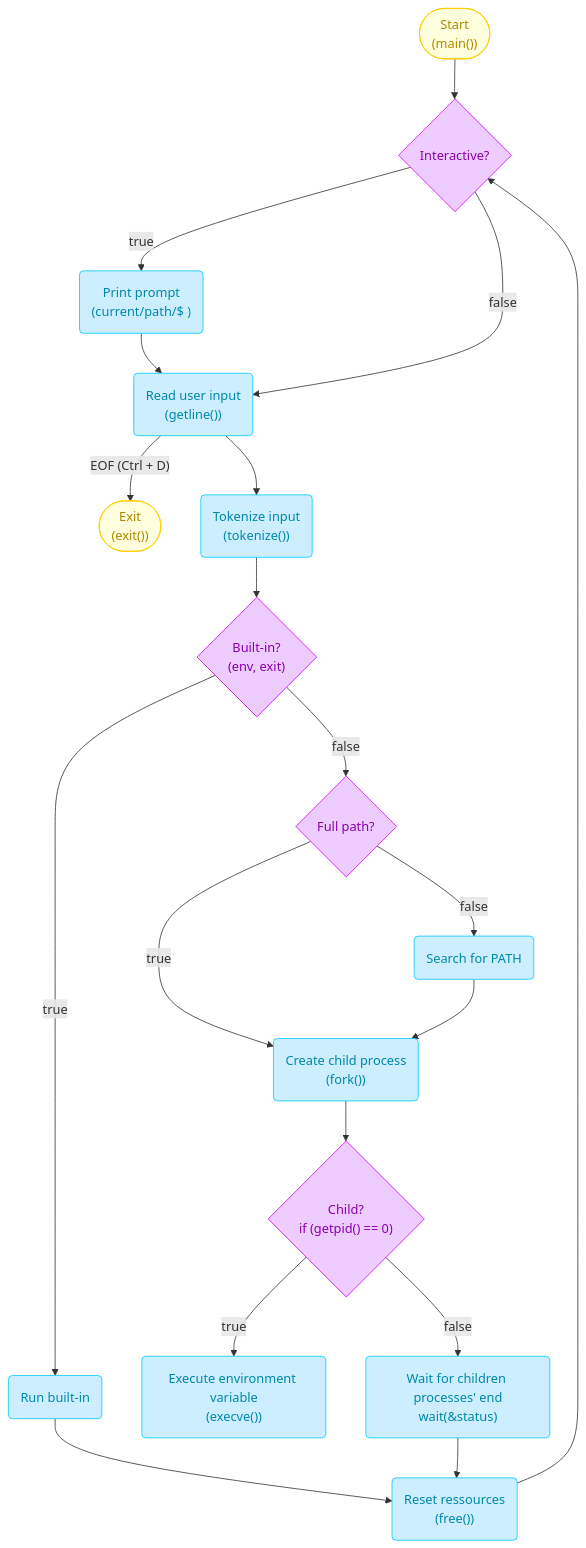
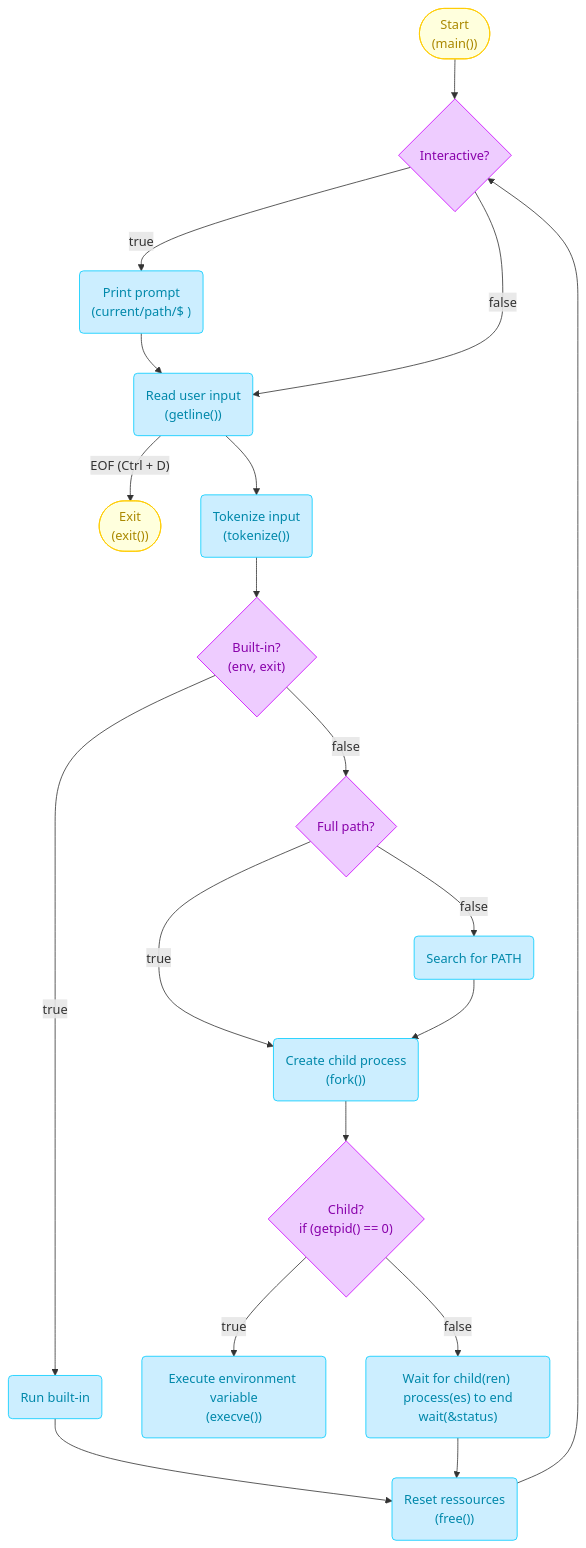
Before and after one commit to Ashe2A/holbertonschool-simple_shell: the diagram in README.md, drawn with Mermaid.

````diff
--- a/README.md
+++ b/README.md
@@ -38,39 +38,39 @@
 ```mermaid
 flowchart
     start(["Start<br>(main())"]) --> interact{"Interactive?"}
     interact -- true --> prompt("Print prompt<br>(current/path/$ )")
     prompt --> getline("Read user input<br>(getline())")
     interact -- false --> getline
     getline -- EOF (Ctrl + D) --> EOF(["Exit<br>(exit())"])
     getline --> tokenize("Tokenize input<br>(tokenize())")
     tokenize --> builtin_check{"Built-in?<br>(env, exit)"}
     builtin_check -- false --> full_path_check{"Full path?"}
     builtin_check -- true --> builtin_run("Run built-in")
     builtin_run --> reset_ressources
     full_path_check -- true --> fork("Create child process<br>(fork())")
     fork --> fork_check{"Child?<br>if (getpid() == 0)"}
     fork_check -- true --> execve("Execute environment variable<br>(execve())")
-    fork_check -- false --> wait("Wait for children processes' end<br>wait(&status)")
+    fork_check -- false --> wait("Wait for child(ren) process(es) to end<br>wait(&status)")
     full_path_check -- false --> build_path("Search for PATH")
     build_path --> fork
     wait --> reset_ressources("Reset ressources<br>(free())")
     reset_ressources --> interact
 
     style start stroke:#FC0,fill:#FFD,color:#A80
     style EOF stroke:#FC0,fill:#FFD,color:#A80
 
     style interact stroke:#C0F,fill:#ECF,color:#80A
     style builtin_check stroke:#C0F,fill:#ECF,color:#80A
     style full_path_check stroke:#C0F,fill:#ECF,color:#80A
     style fork_check stroke:#C0F,fill:#ECF,color:#80A
 
     style prompt stroke:#0CF,fill:#CEF,color:#08A
     style getline stroke:#0CF,fill:#CEF,color:#08A
     style tokenize stroke:#0CF,fill:#CEF,color:#08A
     style builtin_run stroke:#0CF,fill:#CEF,color:#08A
     style fork stroke:#0CF,fill:#CEF,color:#08A
     style build_path stroke:#0CF,fill:#CEF,color:#08A
     style execve stroke:#0CF,fill:#CEF,color:#08A
     style reset_ressources stroke:#0CF,fill:#CEF,color:#08A
     style wait stroke:#0CF,fill:#CEF,color:#08A
 ```
````
